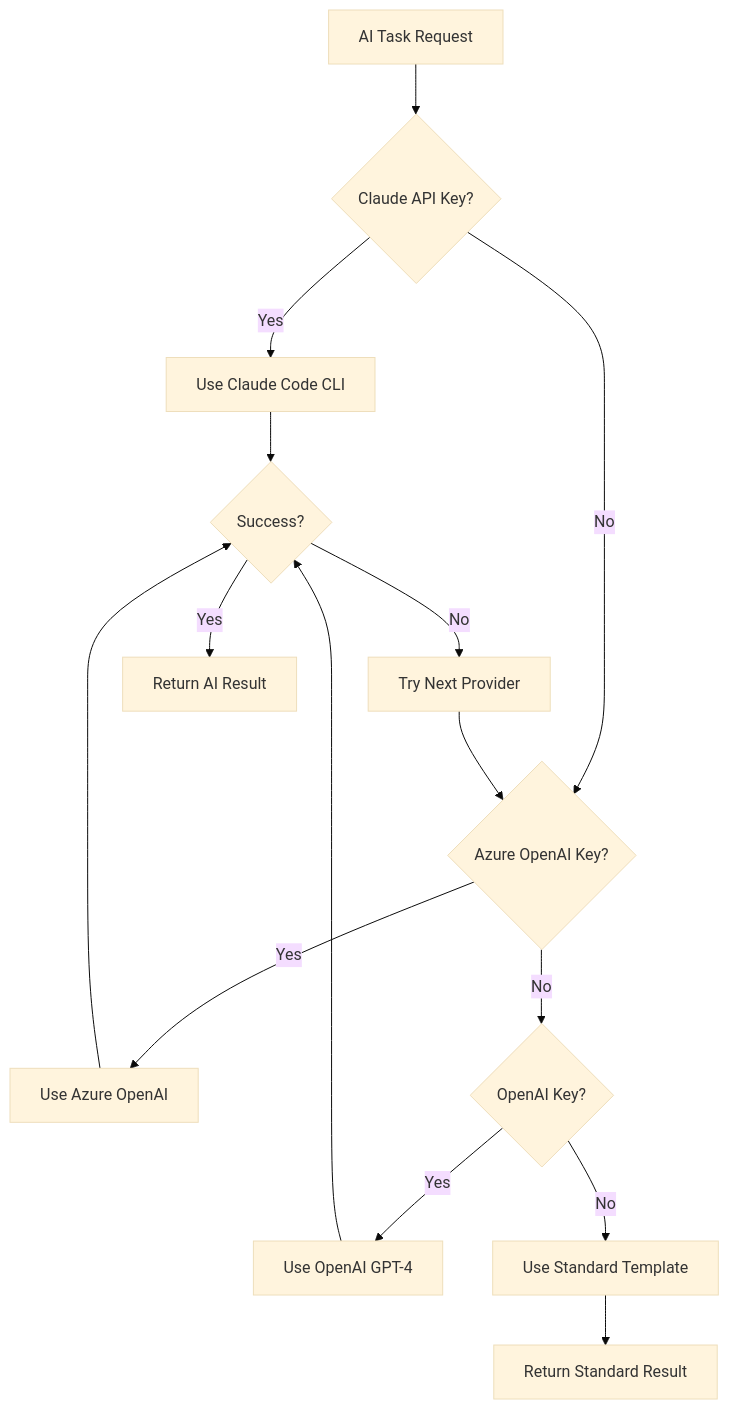
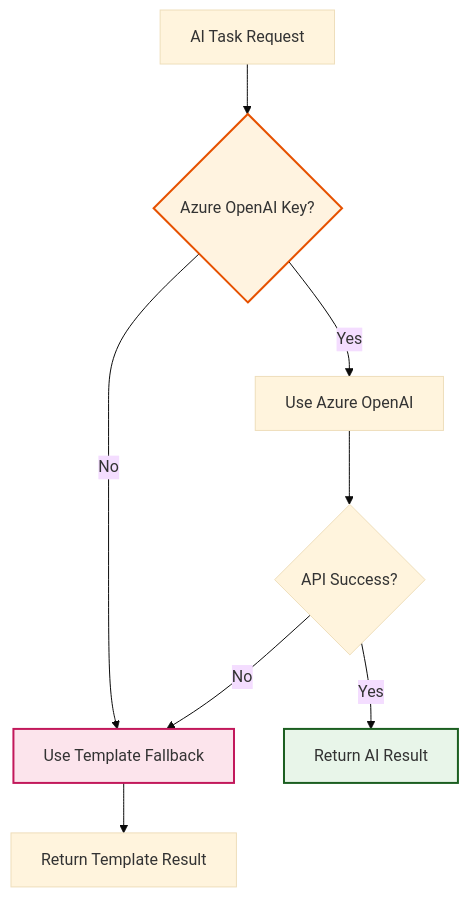
Before and after one commit to Azure/osdu-spi: the second of 2 diagrams in doc/src/decisions/adr_014_ai_integration.md, drawn with Mermaid (base theme). The commit also changed other lines of this file and 3 other files, not shown here.

````diff
--- a/doc/src/decisions/adr_014_ai_integration.md
+++ b/doc/src/decisions/adr_014_ai_integration.md
@@ -146,18 +122,16 @@
 ```mermaid
 graph TD
-    A[AI Task Request] --> B{Claude API Key?}
-    B -->|Yes| C[Use Claude Code CLI]
-    B -->|No| D{Azure OpenAI Key?}
-    D -->|Yes| E[Use Azure OpenAI]
-    D -->|No| F{OpenAI Key?}
-    F -->|Yes| G[Use OpenAI GPT-4]
-    F -->|No| H[Use Standard Template]
-    
-    C --> I{Success?}
-    E --> I
-    G --> I
-    I -->|No| J[Try Next Provider]
-    I -->|Yes| K[Return AI Result]
-    J --> D
-    H --> L[Return Standard Result]
+    A[AI Task Request] --> B{Azure OpenAI Key?}
+    B -->|Yes| C[Use Azure OpenAI]
+    B -->|No| D[Use Template Fallback]
+
+    C --> E{API Success?}
+    E -->|Yes| F[Return AI Result]
+    E -->|No| D
+
+    D --> G[Return Template Result]
+
+    style B fill:#fff3e0,stroke:#e65100,stroke-width:2px
+    style D fill:#fce4ec,stroke:#c2185b,stroke-width:2px
+    style F fill:#e8f5e9,stroke:#1b5e20,stroke-width:2px
 ```
````
